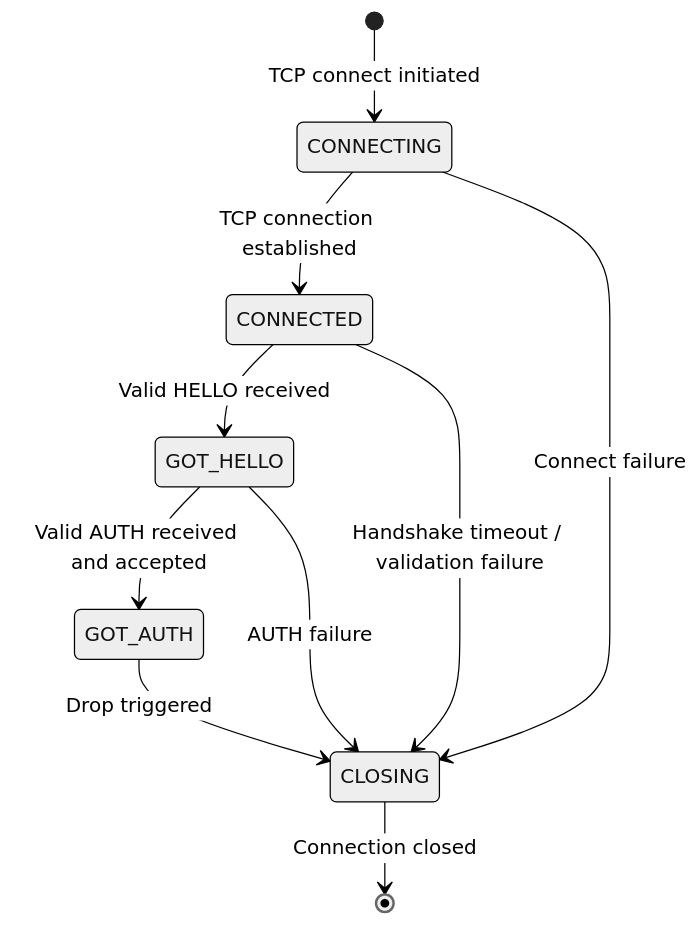
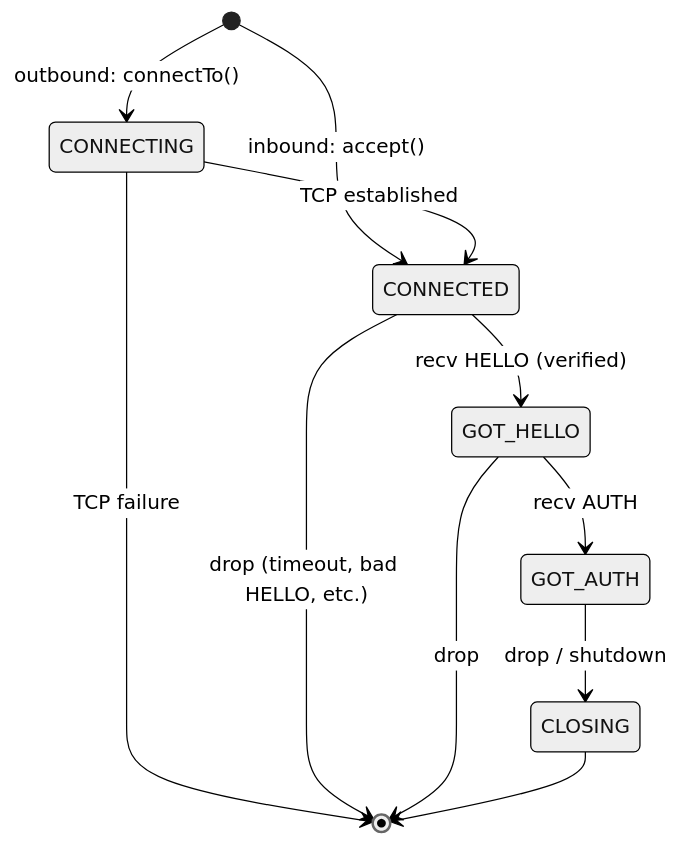
Before and after one commit to stellar-experimental/stellar-spec: the third of 5 diagrams in OVERLAY_SPEC.md, drawn with Mermaid (neutral theme). The commit also changed other lines of this file and 7 other files, not shown here.

````diff
--- a/OVERLAY_SPEC.md
+++ b/OVERLAY_SPEC.md
@@ -481,12 +289,13 @@
 ```mermaid
 stateDiagram-v2
-    [*] --> CONNECTING : TCP connect initiated
-    CONNECTING --> CONNECTED : TCP connection established
-    CONNECTED --> GOT_HELLO : Valid HELLO received
-    GOT_HELLO --> GOT_AUTH : Valid AUTH received and accepted
-    GOT_AUTH --> CLOSING : Drop triggered
-    CONNECTING --> CLOSING : Connect failure
-    CONNECTED --> CLOSING : Handshake timeout / validation failure
-    GOT_HELLO --> CLOSING : AUTH failure
-    CLOSING --> [*] : Connection closed
+    [*] --> CONNECTING: outbound: connectTo()
+    [*] --> CONNECTED: inbound: accept()
+    CONNECTING --> CONNECTED: TCP established
+    CONNECTING --> [*]: TCP failure
+    CONNECTED --> GOT_HELLO: recv HELLO (verified)
+    CONNECTED --> [*]: drop (timeout, bad HELLO, etc.)
+    GOT_HELLO --> GOT_AUTH: recv AUTH
+    GOT_HELLO --> [*]: drop
+    GOT_AUTH --> CLOSING: drop / shutdown
+    CLOSING --> [*]
 ```
````
